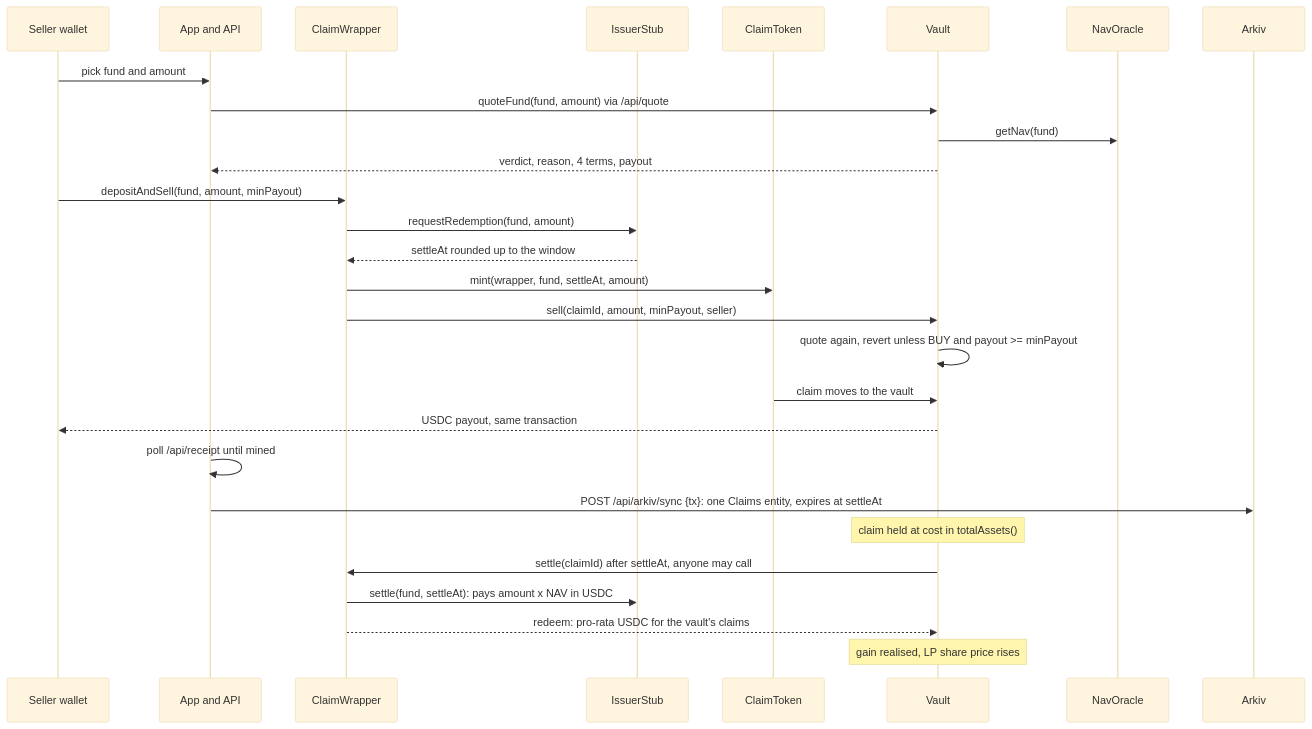
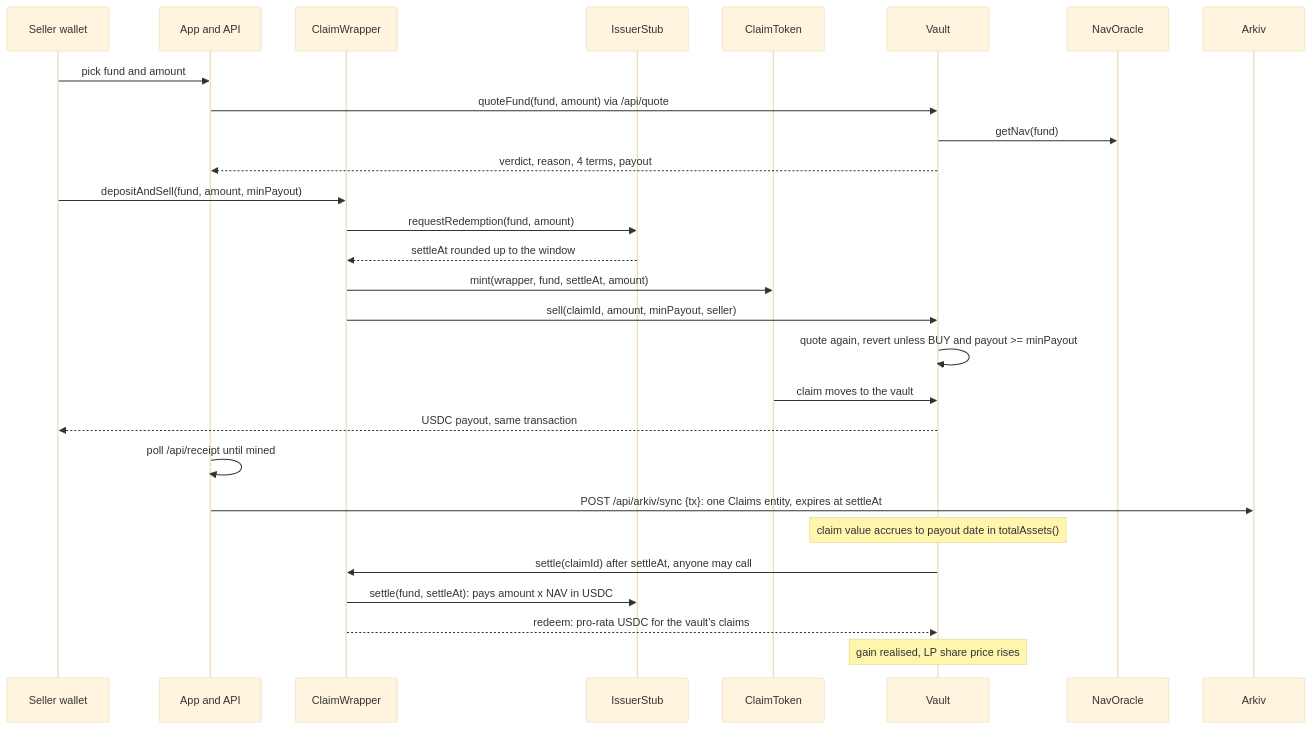
The third of 4 diagrams in projectDocs/02-architecture.md (ETH-Global-Mumbai-2026/earlyout), drawn with Mermaid (base theme) before and after one commit. The commit also changed 9 other files, not shown here.

````diff
--- a/projectDocs/02-architecture.md
+++ b/projectDocs/02-architecture.md
@@ -100,30 +100,30 @@
 ```mermaid
 sequenceDiagram
   participant S as Seller wallet
   participant A as App and API
   participant W as ClaimWrapper
   participant I as IssuerStub
   participant C as ClaimToken
   participant V as Vault
   participant O as NavOracle
   participant K as Arkiv
   S->>A: pick fund and amount
   A->>V: quoteFund(fund, amount) via /api/quote
   V->>O: getNav(fund)
   V-->>A: verdict, reason, 4 terms, payout
   S->>W: depositAndSell(fund, amount, minPayout)
   W->>I: requestRedemption(fund, amount)
   I-->>W: settleAt rounded up to the window
   W->>C: mint(wrapper, fund, settleAt, amount)
   W->>V: sell(claimId, amount, minPayout, seller)
   V->>V: quote again, revert unless BUY and payout >= minPayout
   C->>V: claim moves to the vault
   V-->>S: USDC payout, same transaction
   A->>A: poll /api/receipt until mined
   A->>K: POST /api/arkiv/sync {tx}: one Claims entity, expires at settleAt
-  Note over V: claim held at cost in totalAssets()
+  Note over V: claim value accrues to payout date in totalAssets()
   V->>W: settle(claimId) after settleAt, anyone may call
   W->>I: settle(fund, settleAt): pays amount x NAV in USDC
   W-->>V: redeem: pro-rata USDC for the vault's claims
   Note over V: gain realised, LP share price rises
 ```
````
